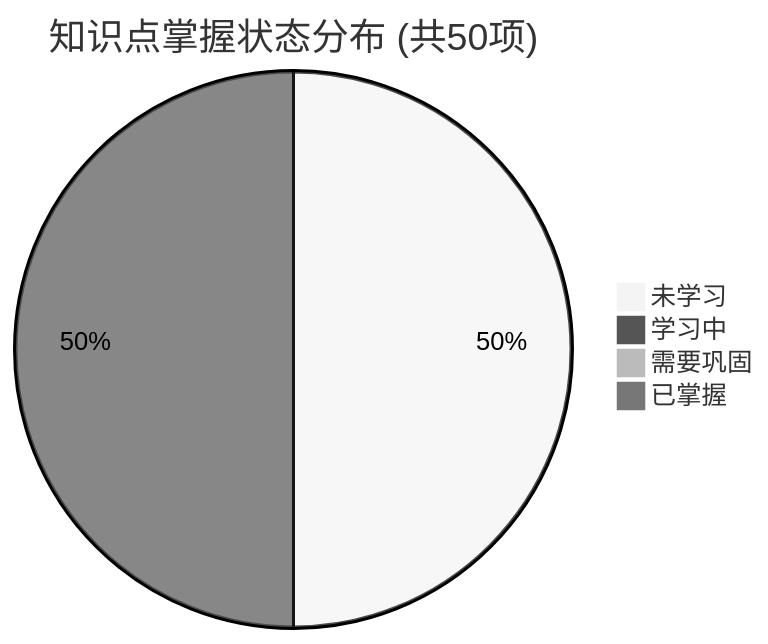
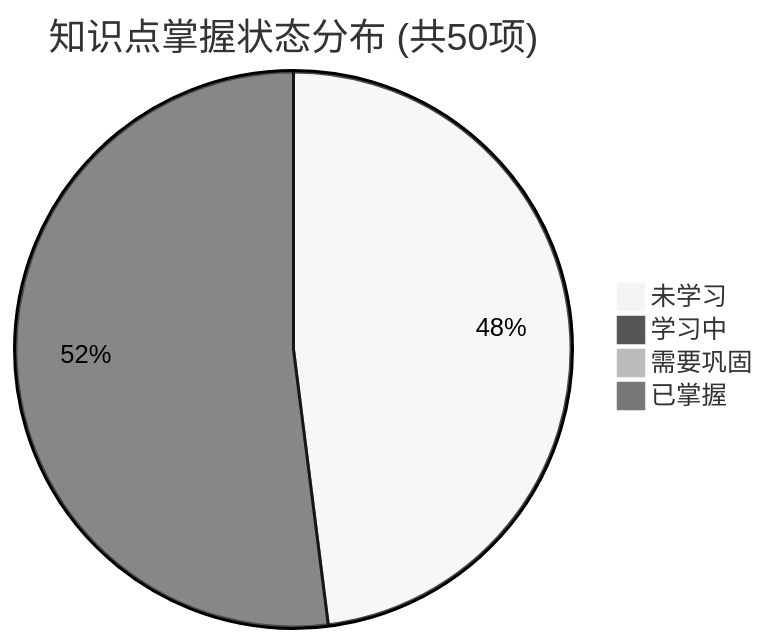
The first of 2 diagrams in PROGRESS.md (tieke1121/tech-interview-knowledge-base), drawn with Mermaid (neutral theme) before and after one commit. The commit also changed other lines of this file and 1 other file, not shown here.

````diff
--- a/PROGRESS.md
+++ b/PROGRESS.md
@@ -23,7 +23,7 @@
 ```mermaid
 pie title 知识点掌握状态分布 (共50项)
-    "未学习" : 25
-    "学习中" : 25
+    "未学习" : 24
+    "学习中" : 26
     "需要巩固" : 0
     "已掌握" : 0
 ```
````
